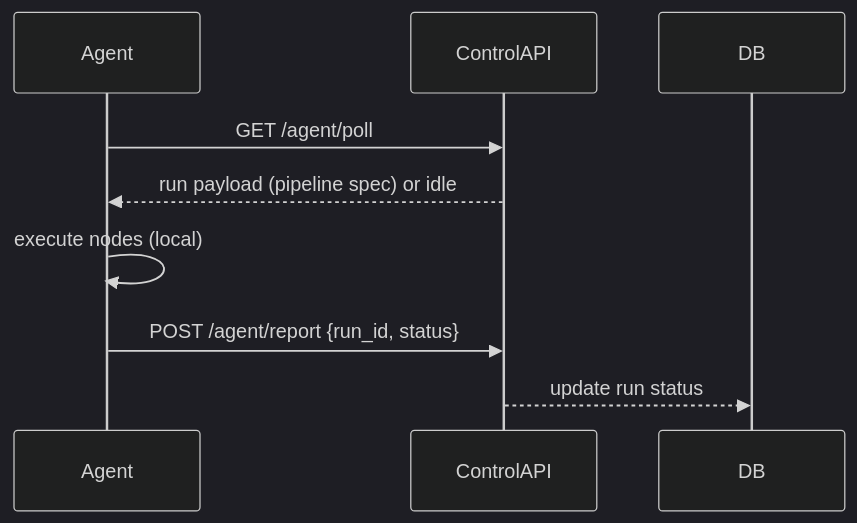
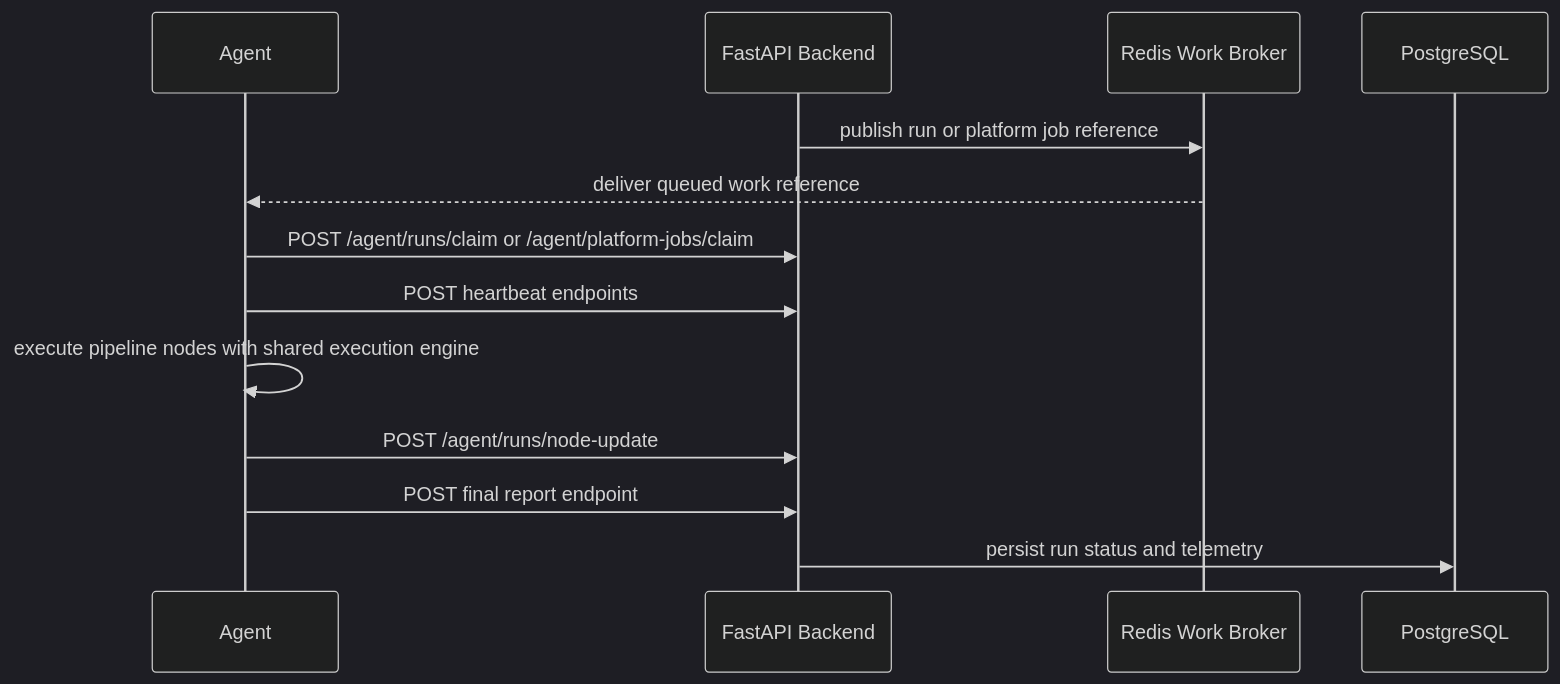
The fourth of 4 diagrams in docs/DIAGRAMS.md (rahuljaiswal15996-svg/Nexora), drawn with Mermaid (dark theme) before and after one commit. The commit also changed other lines of this file and 171 other files, not shown here.

Commit message:
Backup generated Nexora platform work

````diff
--- a/docs/DIAGRAMS.md
+++ b/docs/DIAGRAMS.md
@@ -57,10 +89,16 @@
 ```mermaid
 sequenceDiagram
     participant Agent
-    participant ControlAPI
-    Agent->>ControlAPI: GET /agent/poll
-    ControlAPI-->>Agent: run payload (pipeline spec) or idle
-    Agent->>Agent: execute nodes (local)
-    Agent->>ControlAPI: POST /agent/report {run_id, status}
-    ControlAPI-->>DB: update run status
+    participant ControlAPI as FastAPI Backend
+  participant Broker as Redis Work Broker
+    participant DB as PostgreSQL
+
+  ControlAPI->>Broker: publish run or platform job reference
+  Broker-->>Agent: deliver queued work reference
+  Agent->>ControlAPI: POST /agent/runs/claim or /agent/platform-jobs/claim
+  Agent->>ControlAPI: POST heartbeat endpoints
+  Agent->>Agent: execute pipeline nodes with shared execution engine
+  Agent->>ControlAPI: POST /agent/runs/node-update
+  Agent->>ControlAPI: POST final report endpoint
+    ControlAPI->>DB: persist run status and telemetry
 ```
````
